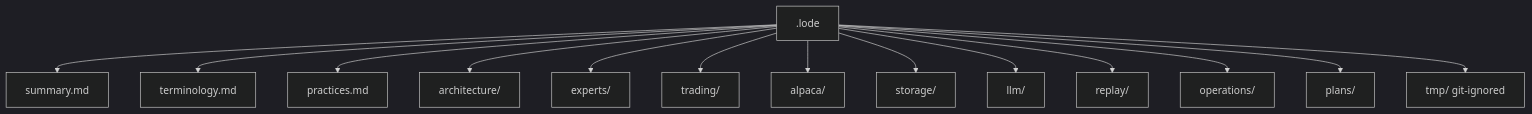
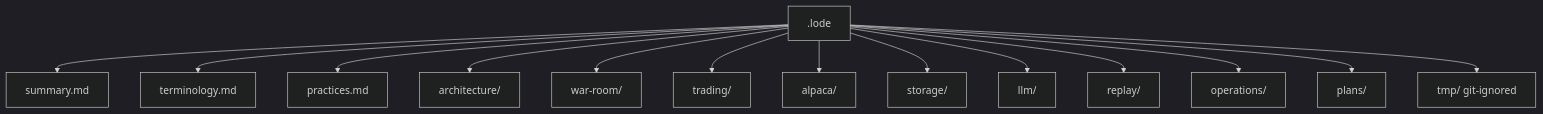
Before and after one commit to xakpc/Alpaca.NoIdea: the diagram in .lode/lode-map.md, drawn with Mermaid (dark theme). The commit also changed other lines of this file and 89 other files, not shown here.

First line of the commit message:
feat: add replay engine, trading loop, and the multi-model war room

````diff
--- a/.lode/lode-map.md
+++ b/.lode/lode-map.md
@@ -5,17 +5,17 @@
 ```mermaid
 flowchart TD
     Root[.lode]
     Root --> S[summary.md]
     Root --> T[terminology.md]
     Root --> P[practices.md]
     Root --> AR[architecture/]
-    Root --> EX[experts/]
+    Root --> WR[war-room/]
     Root --> TR[trading/]
     Root --> AL[alpaca/]
     Root --> ST[storage/]
     Root --> LL[llm/]
     Root --> RP[replay/]
     Root --> OP[operations/]
     Root --> PL[plans/]
     Root --> TM[tmp/ git-ignored]
 ```
````
